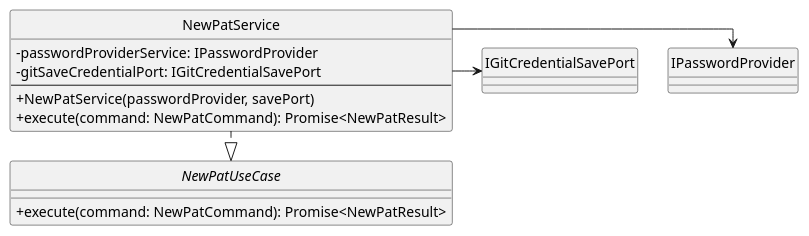
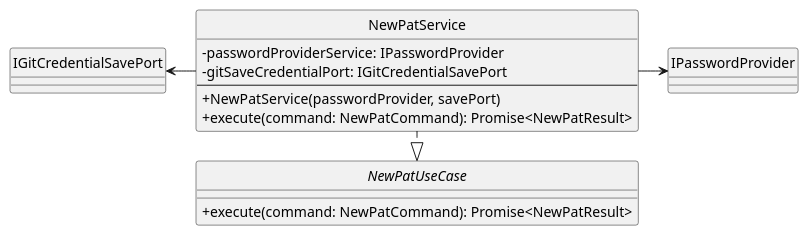
Before and after one commit to SkarabGroup/DocumentazioneProgetto: the diagram in assets/st_diagrams/code/plantuml/analysis/application/services/newPAT.as.plantuml, drawn with PlantUML. The commit also changed 59 other files, not shown here.

```diff
--- a/assets/st_diagrams/code/plantuml/analysis/application/services/newPAT.as.plantuml
+++ b/assets/st_diagrams/code/plantuml/analysis/application/services/newPAT.as.plantuml
@@ -1,24 +1,24 @@
 @startuml NewPatService
 skinparam componentStyle uml2.5
 skinparam linetype ortho
 skinparam nodesep 30
 skinparam ranksep 30
 skinparam ClassAttributeIconSize 0
 hide circles
 
 interface NewPatUseCase {
     + execute(command: NewPatCommand): Promise<NewPatResult>
 }
 
 class NewPatService {
     - passwordProviderService: IPasswordProvider
     - gitSaveCredentialPort: IGitCredentialSavePort
     ---
     + NewPatService(passwordProvider, savePort)
     + execute(command: NewPatCommand): Promise<NewPatResult>
 }
 
 NewPatService ..|> NewPatUseCase
 NewPatService --right-> IPasswordProvider
-NewPatService --right-> IGitCredentialSavePort
+NewPatService --left-> IGitCredentialSavePort
 @enduml
```
